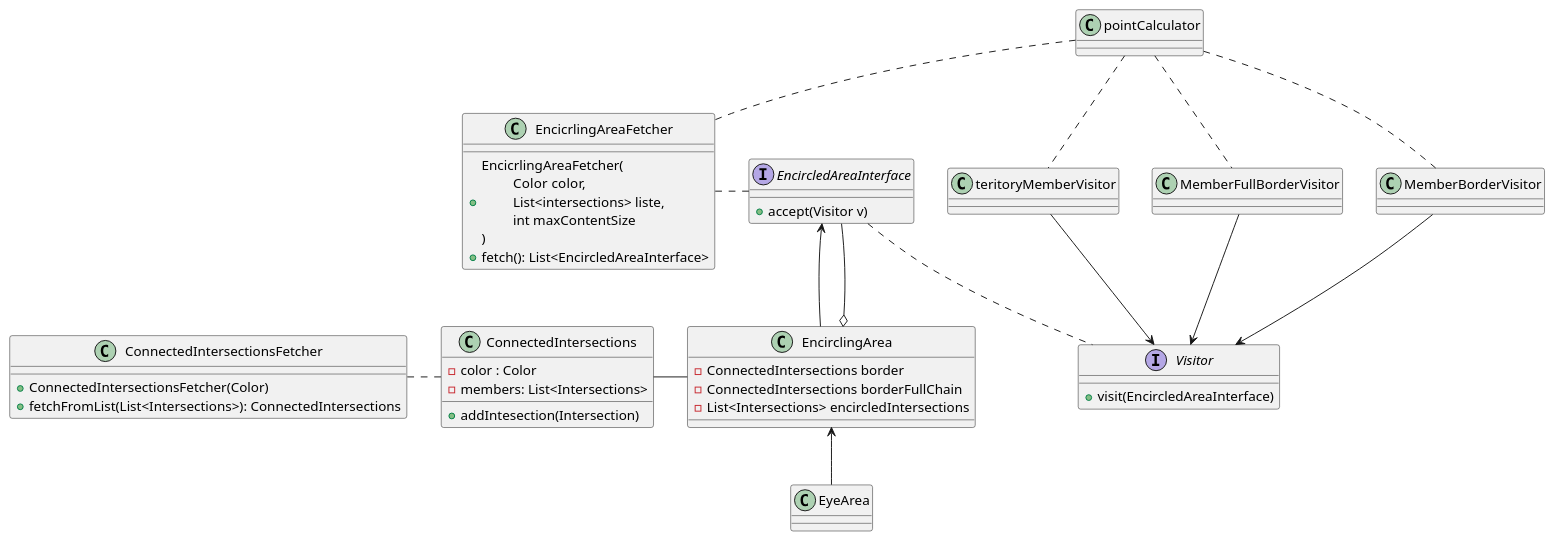
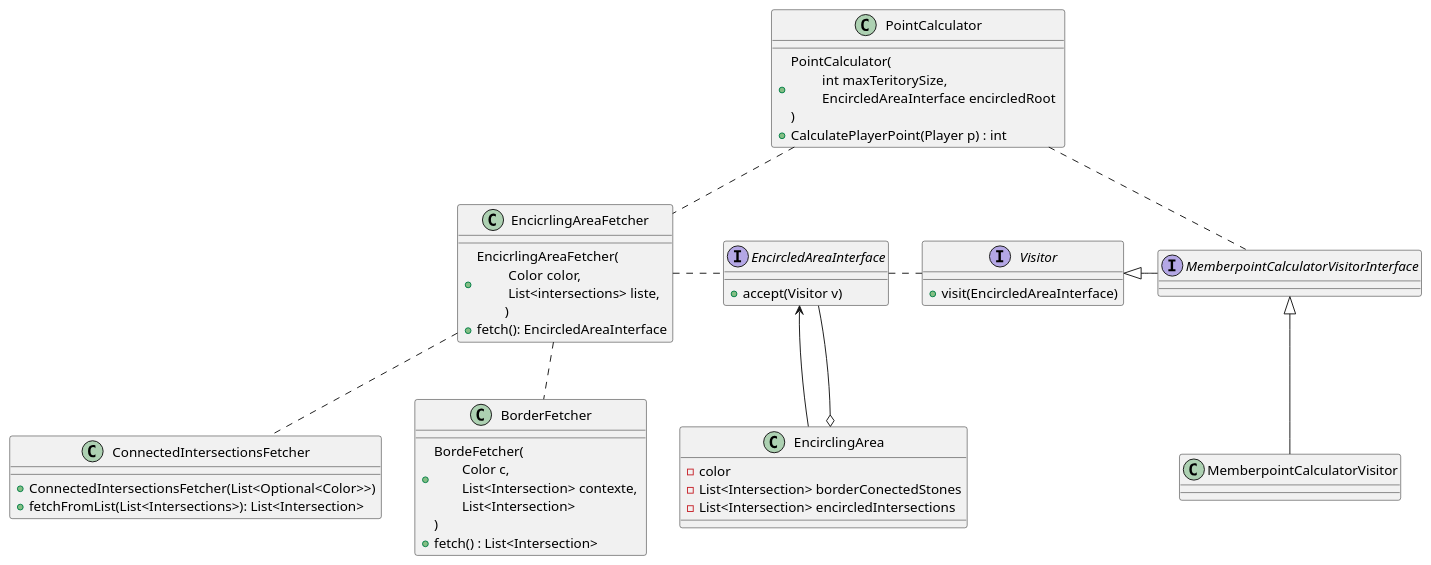
The diagram in src/conceptionComptagePoints.puml (pierrelucueisd/compteurpoints-jeu-go-java), drawn with PlantUML before and after one commit.

Commit message:
amélioration du diagramme de classes

```diff
--- a/src/conceptionComptagePoints.puml
+++ b/src/conceptionComptagePoints.puml
@@ -1,61 +1,58 @@
 @startuml
 
 
 
 class ConnectedIntersectionsFetcher {
-    +ConnectedIntersectionsFetcher(Color)
-    +fetchFromList(List<Intersections>): ConnectedIntersections
+    +ConnectedIntersectionsFetcher(List<Optional<Color>>)
+    +fetchFromList(List<Intersections>): List<Intersection>
 }
 
-class ConnectedIntersections {
-    -color : Color
-    -members: List<Intersections>
-    +addIntesection(Intersection)
-}
-
-ConnectedIntersectionsFetcher . ConnectedIntersections
 
 
 Interface EncircledAreaInterface {
     +accept(Visitor v)
 }
 class EncirclingArea{
-  -ConnectedIntersections border
-  -ConnectedIntersections borderFullChain
-  -List<Intersections> encircledIntersections
-}
-class EyeArea {
+  -color
+  -List<Intersection> borderConectedStones
+  -List<Intersection> encircledIntersections
 }
 
 EncircledAreaInterface <-- EncirclingArea
 EncircledAreaInterface --o EncirclingArea
-EncirclingArea <-- EyeArea
-ConnectedIntersections - EncirclingArea
 
 
 class EncicrlingAreaFetcher{
-    +EncicrlingAreaFetcher(\n\t Color color, \n\t List<intersections> liste, \n\t int maxContentSize  \n)
-    +fetch(): List<EncircledAreaInterface>
+    +EncicrlingAreaFetcher(\n\t Color color, \n\t List<intersections> liste, \n\t)
+    +fetch(): EncircledAreaInterface
+
+}
+EncicrlingAreaFetcher .. ConnectedIntersectionsFetcher
+EncicrlingAreaFetcher .. BorderFetcher
+
+class BorderFetcher {
+    +BordeFetcher(\n\tColor c, \n\tList<Intersection> contexte, \n\tList<Intersection>
+     )
+     +fetch() : List<Intersection>
 }
 
 EncicrlingAreaFetcher . EncircledAreaInterface
 
 interface Visitor {
     +visit(EncircledAreaInterface)
 }
+class MemberpointCalculatorVisitor
+interface MemberpointCalculatorVisitorInterface
+MemberpointCalculatorVisitorInterface <|-- MemberpointCalculatorVisitor
+Visitor <|- MemberpointCalculatorVisitorInterface
+EncircledAreaInterface . Visitor
 
-class teritoryMemberVisitor
-
-EncircledAreaInterface . Visitor
-teritoryMemberVisitor --> Visitor
-MemberFullBorderVisitor --> Visitor
-MemberBorderVisitor --> Visitor
-
-class pointCalculator
-pointCalculator .. EncicrlingAreaFetcher
-pointCalculator .. teritoryMemberVisitor
-pointCalculator .. MemberFullBorderVisitor
-pointCalculator .. MemberBorderVisitor
+class PointCalculator {
+    +PointCalculator(\n\t int maxTeritorySize, \n\t EncircledAreaInterface encircledRoot \n)
+    +CalculatePlayerPoint(Player p) : int
+}
+PointCalculator .. MemberpointCalculatorVisitorInterface
+PointCalculator .. EncicrlingAreaFetcher
 
 
 @enduml
```
